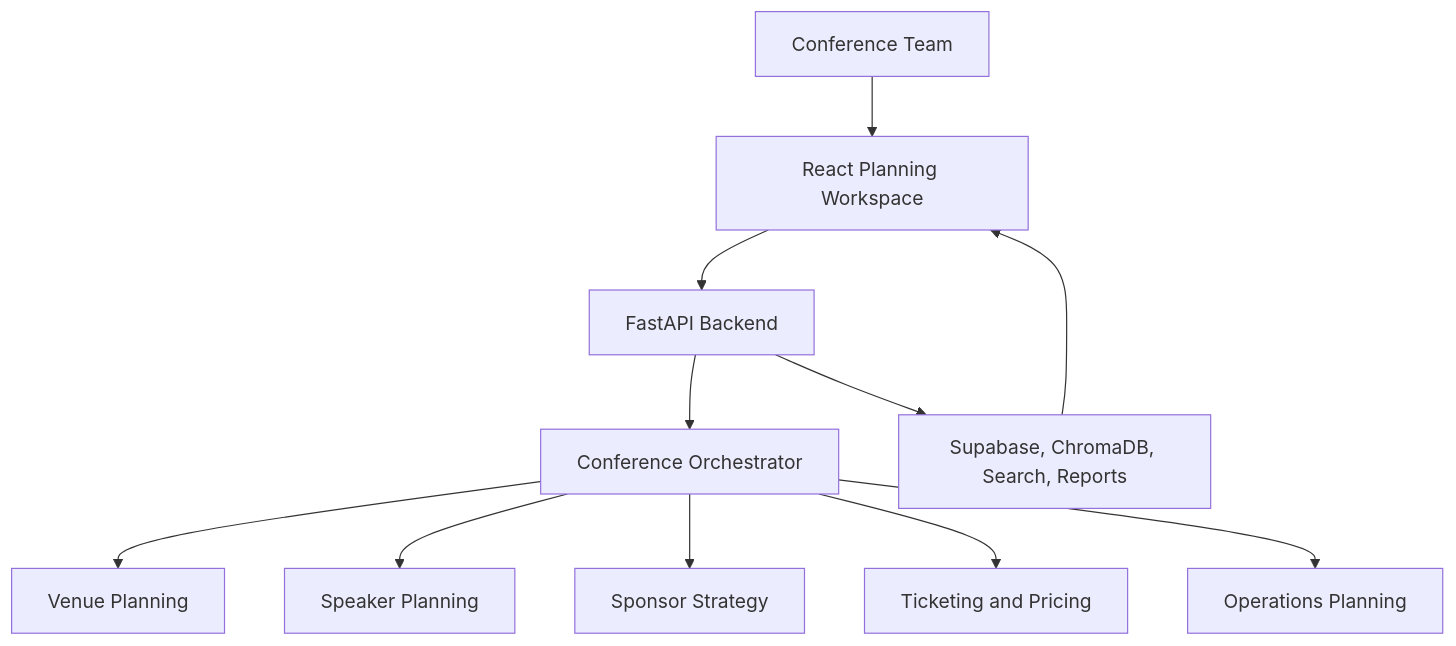
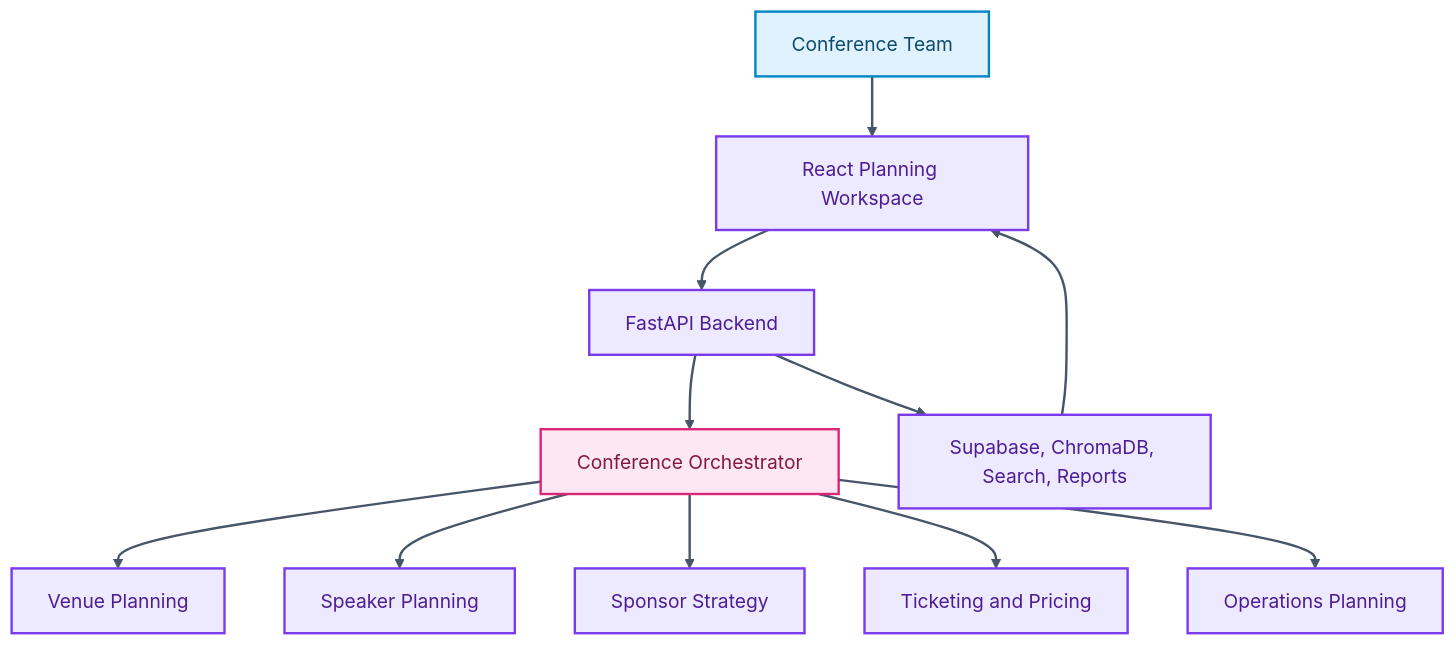
Before and after one commit to skx56/Confera: the diagram in README.md, drawn with Mermaid.

Commit message:
Colorize README architecture diagram

````diff
--- a/README.md
+++ b/README.md
@@ -32,13 +32,23 @@
 ```mermaid
 flowchart TD
   Planner["Conference Team"] --> UI["React Planning Workspace"]
   UI --> API["FastAPI Backend"]
   API --> Orchestrator["Conference Orchestrator"]
   Orchestrator --> Venue["Venue Planning"]
   Orchestrator --> Speakers["Speaker Planning"]
   Orchestrator --> Sponsors["Sponsor Strategy"]
   Orchestrator --> Ticketing["Ticketing and Pricing"]
   Orchestrator --> Ops["Operations Planning"]
   API --> Services["Supabase, ChromaDB, Search, Reports"]
   Services --> UI
+
+  classDef inputs fill:#E0F2FE,stroke:#0284C7,color:#0C4A6E,stroke-width:2px;
+  classDef process fill:#EDE9FE,stroke:#7C3AED,color:#4C1D95,stroke-width:2px;
+  classDef data fill:#CCFBF1,stroke:#0D9488,color:#134E4A,stroke-width:2px;
+  classDef agent fill:#FCE7F3,stroke:#DB2777,color:#831843,stroke-width:2px;
+  classDef output fill:#FEF9C3,stroke:#CA8A04,color:#713F12,stroke-width:2px;
+  class Planner inputs;
+  class UI,API,Venue,Speakers,Sponsors,Ticketing,Ops,Services process;
+  class Orchestrator agent;
+  linkStyle default stroke:#475569,stroke-width:2px;
 ```
````
